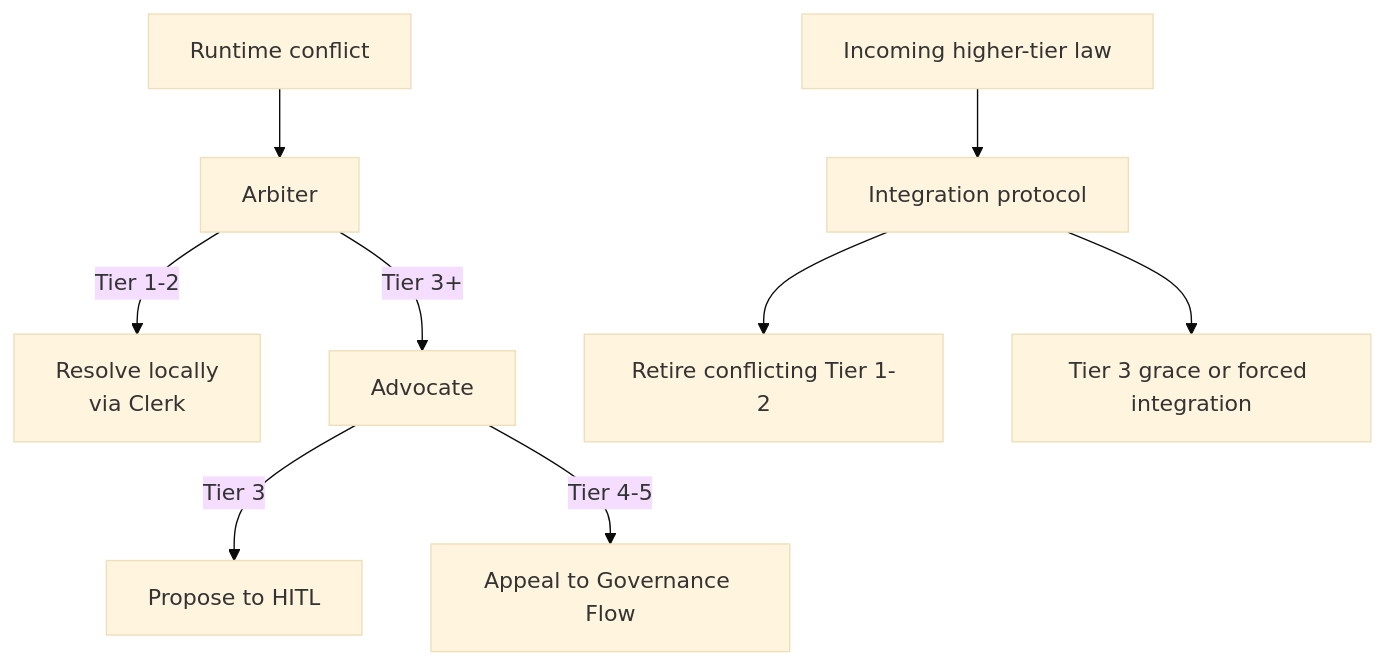
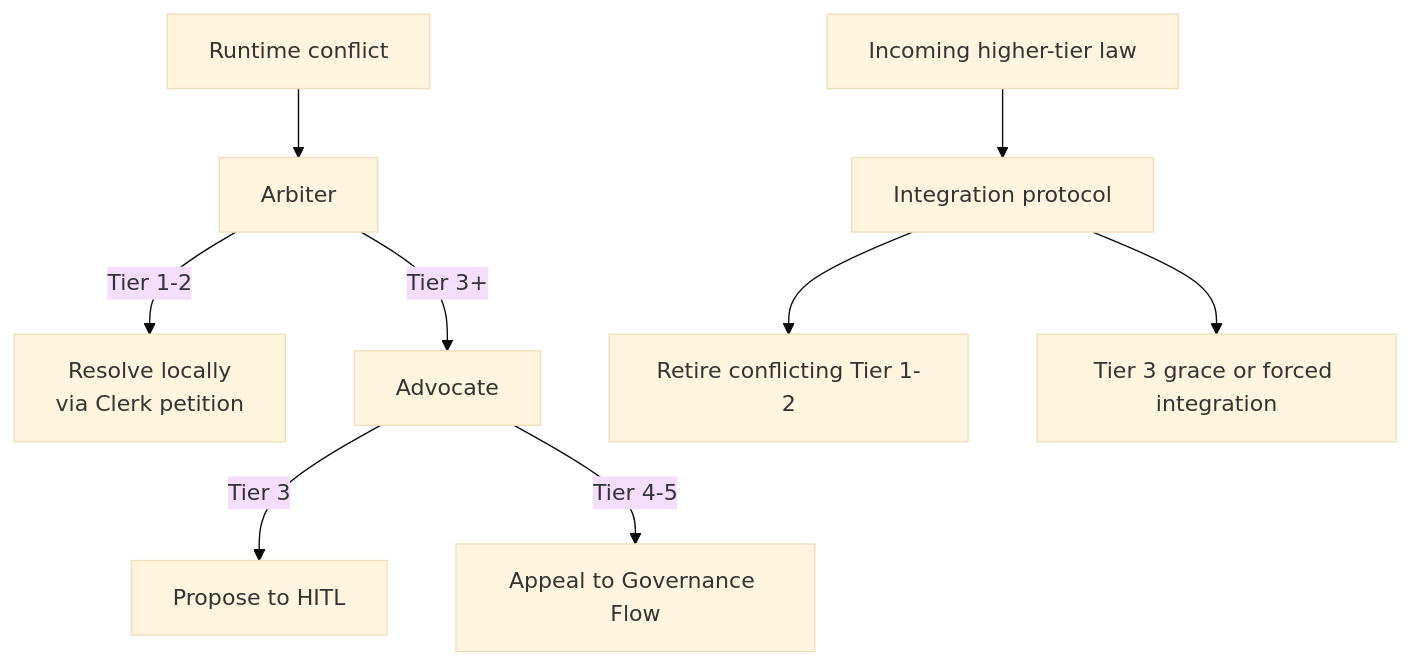
Before and after one commit to really-knows-ai/gideas: the third of 3 diagrams in specs/02-flow/06-cross-flow.md, drawn with Mermaid (base theme). The commit also changed other lines of this file and 20 other files, not shown here.

````diff
--- a/specs/02-flow/06-cross-flow.md
+++ b/specs/02-flow/06-cross-flow.md
@@ -176,12 +176,12 @@
 ```mermaid
 flowchart TD
     RT["Runtime conflict"] --> ARB["Arbiter"]
-    ARB -->|"Tier 1-2"| RS["Resolve locally<br/>via Clerk"]
+    ARB -->|"Tier 1-2"| RS["Resolve locally<br/>via Clerk petition"]
     ARB -->|"Tier 3+"| ADV["Advocate"]
     ADV -->|"Tier 3"| PR["Propose to HITL"]
     ADV -->|"Tier 4-5"| AP["Appeal to Governance Flow"]
 
     LI["Incoming higher-tier law"] --> IP["Integration protocol"]
     IP --> T12["Retire conflicting Tier 1-2"]
     IP --> T3["Tier 3 grace or forced integration"]
 ```
````
